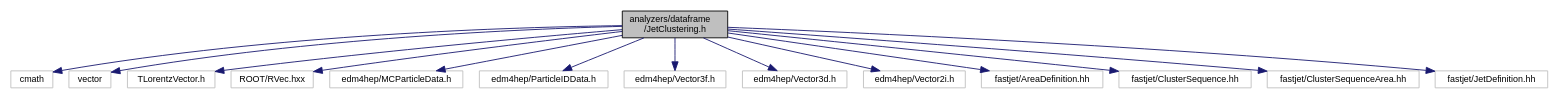
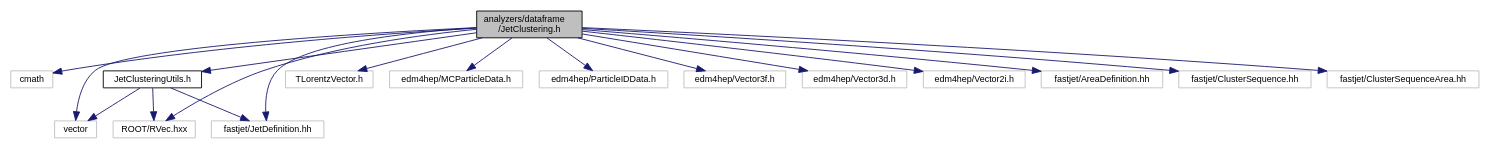
One commit to HEP-FCC/FCCAnalyses changed the diagram in doc/latest/_jet_clustering_8h__incl.dot. Above: the diagram before and after it, drawn with Graphviz. The commit also changed 301 other files, not shown here.

```diff
--- a/doc/latest/_jet_clustering_8h__incl.dot
+++ b/doc/latest/_jet_clustering_8h__incl.dot
@@ -1,33 +1,38 @@
 digraph "analyzers/dataframe/JetClustering.h"
 {
  // LATEX_PDF_SIZE
   edge [fontname="Helvetica",fontsize="10",labelfontname="Helvetica",labelfontsize="10"];
   node [fontname="Helvetica",fontsize="10",shape=record];
   Node1 [label="analyzers/dataframe\l/JetClustering.h",height=0.2,width=0.4,color="black", fillcolor="grey75", style="filled", fontcolor="black",tooltip=" "];
   Node1 -> Node2 [color="midnightblue",fontsize="10",style="solid",fontname="Helvetica"];
   Node2 [label="cmath",height=0.2,width=0.4,color="grey75", fillcolor="white", style="filled",tooltip=" "];
   Node1 -> Node3 [color="midnightblue",fontsize="10",style="solid",fontname="Helvetica"];
   Node3 [label="vector",height=0.2,width=0.4,color="grey75", fillcolor="white", style="filled",tooltip=" "];
   Node1 -> Node4 [color="midnightblue",fontsize="10",style="solid",fontname="Helvetica"];
   Node4 [label="TLorentzVector.h",height=0.2,width=0.4,color="grey75", fillcolor="white", style="filled",tooltip=" "];
   Node1 -> Node5 [color="midnightblue",fontsize="10",style="solid",fontname="Helvetica"];
   Node5 [label="ROOT/RVec.hxx",height=0.2,width=0.4,color="grey75", fillcolor="white", style="filled",tooltip=" "];
   Node1 -> Node6 [color="midnightblue",fontsize="10",style="solid",fontname="Helvetica"];
   Node6 [label="edm4hep/MCParticleData.h",height=0.2,width=0.4,color="grey75", fillcolor="white", style="filled",tooltip=" "];
   Node1 -> Node7 [color="midnightblue",fontsize="10",style="solid",fontname="Helvetica"];
   Node7 [label="edm4hep/ParticleIDData.h",height=0.2,width=0.4,color="grey75", fillcolor="white", style="filled",tooltip=" "];
   Node1 -> Node8 [color="midnightblue",fontsize="10",style="solid",fontname="Helvetica"];
   Node8 [label="edm4hep/Vector3f.h",height=0.2,width=0.4,color="grey75", fillcolor="white", style="filled",tooltip=" "];
   Node1 -> Node9 [color="midnightblue",fontsize="10",style="solid",fontname="Helvetica"];
   Node9 [label="edm4hep/Vector3d.h",height=0.2,width=0.4,color="grey75", fillcolor="white", style="filled",tooltip=" "];
   Node1 -> Node10 [color="midnightblue",fontsize="10",style="solid",fontname="Helvetica"];
   Node10 [label="edm4hep/Vector2i.h",height=0.2,width=0.4,color="grey75", fillcolor="white", style="filled",tooltip=" "];
   Node1 -> Node11 [color="midnightblue",fontsize="10",style="solid",fontname="Helvetica"];
   Node11 [label="fastjet/AreaDefinition.hh",height=0.2,width=0.4,color="grey75", fillcolor="white", style="filled",tooltip=" "];
   Node1 -> Node12 [color="midnightblue",fontsize="10",style="solid",fontname="Helvetica"];
   Node12 [label="fastjet/ClusterSequence.hh",height=0.2,width=0.4,color="grey75", fillcolor="white", style="filled",tooltip=" "];
   Node1 -> Node13 [color="midnightblue",fontsize="10",style="solid",fontname="Helvetica"];
   Node13 [label="fastjet/ClusterSequenceArea.hh",height=0.2,width=0.4,color="grey75", fillcolor="white", style="filled",tooltip=" "];
   Node1 -> Node14 [color="midnightblue",fontsize="10",style="solid",fontname="Helvetica"];
   Node14 [label="fastjet/JetDefinition.hh",height=0.2,width=0.4,color="grey75", fillcolor="white", style="filled",tooltip=" "];
+  Node1 -> Node15 [color="midnightblue",fontsize="10",style="solid",fontname="Helvetica"];
+  Node15 [label="JetClusteringUtils.h",height=0.2,width=0.4,color="black", fillcolor="white", style="filled",URL="$_jet_clustering_utils_8h.html",tooltip=" "];
+  Node15 -> Node3 [color="midnightblue",fontsize="10",style="solid",fontname="Helvetica"];
+  Node15 -> Node5 [color="midnightblue",fontsize="10",style="solid",fontname="Helvetica"];
+  Node15 -> Node14 [color="midnightblue",fontsize="10",style="solid",fontname="Helvetica"];
 }
```
